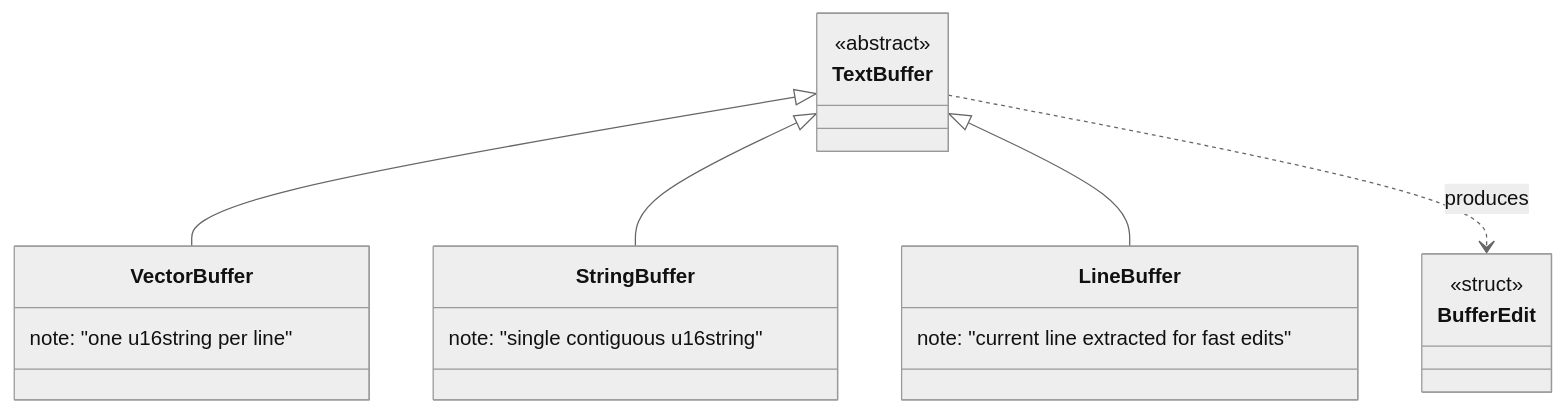
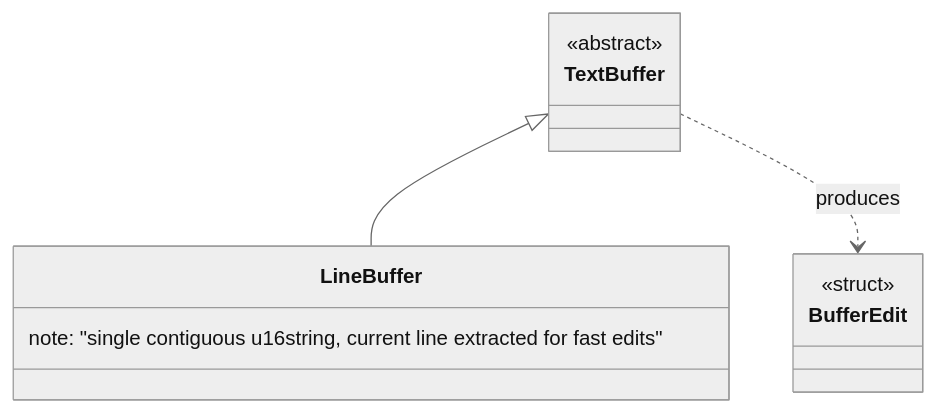
Before and after one commit to notnotme/bbloc: the third of 10 diagrams in docs/class_diagram.md, drawn with Mermaid (neutral theme). The commit also changed 40 other files, not shown here.

````diff
--- a/docs/class_diagram.md
+++ b/docs/class_diagram.md
@@ -69,23 +69,15 @@
 ```mermaid
 classDiagram
     class TextBuffer {
         <<abstract>>
     }
-    class VectorBuffer {
-        note: "one u16string per line"
-    }
-    class StringBuffer {
-        note: "single contiguous u16string"
-    }
     class LineBuffer {
-        note: "current line extracted for fast edits"
+        note: "single contiguous u16string, current line extracted for fast edits"
     }
     class BufferEdit {
         <<struct>>
     }
 
-    TextBuffer <|-- VectorBuffer
-    TextBuffer <|-- StringBuffer
     TextBuffer <|-- LineBuffer
     TextBuffer ..> BufferEdit : produces
 ```
````
